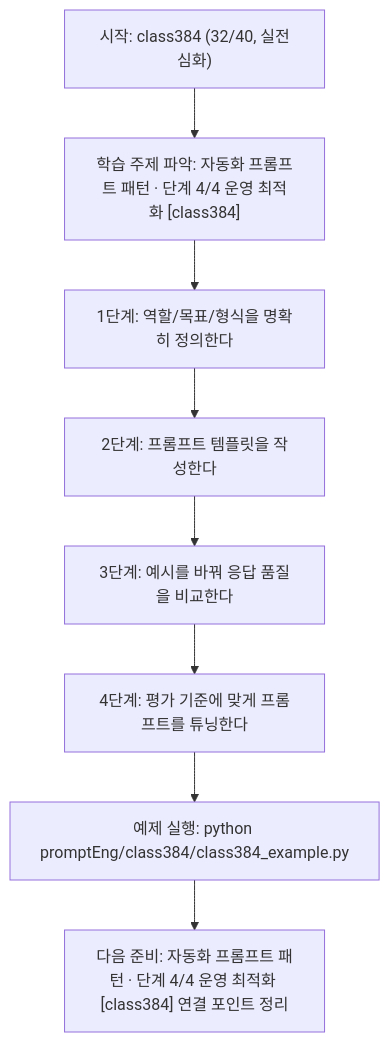
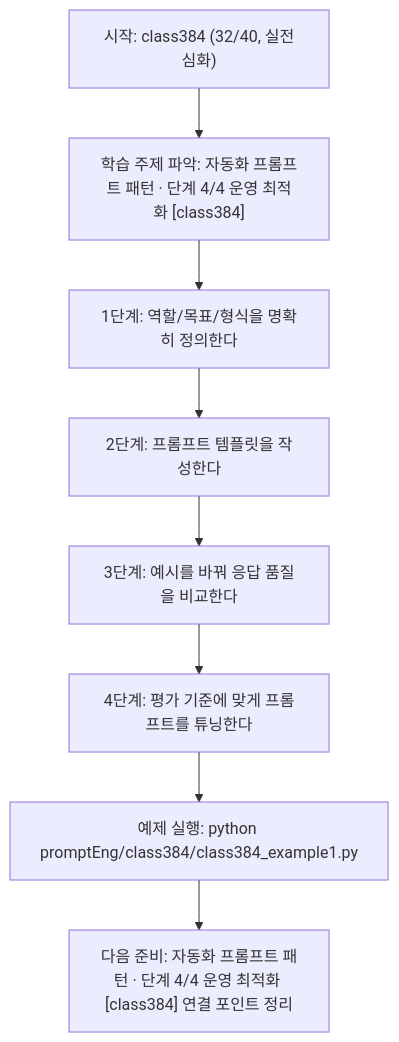
The diagram in promptEng/class384/class384.md (edumgt/Python-AI_Agent-Class), drawn with Mermaid before and after one commit. The commit also changed other lines of this file and 2959 other files, not shown here.

````diff
--- a/promptEng/class384/class384.md
+++ b/promptEng/class384/class384.md
@@ -110,18 +110,18 @@
 ```mermaid
 flowchart TD
 N1["시작: class384 (32/40, 실전심화)"]
 N2["학습 주제 파악: 자동화 프롬프트 패턴 · 단계 4/4 운영 최적화 [class384]"]
 N3["1단계: 역할/목표/형식을 명확히 정의한다"]
 N4["2단계: 프롬프트 템플릿을 작성한다"]
 N5["3단계: 예시를 바꿔 응답 품질을 비교한다"]
 N6["4단계: 평가 기준에 맞게 프롬프트를 튜닝한다"]
-N7["예제 실행: python promptEng/class384/class384_example.py"]
+N7["예제 실행: python promptEng/class384/class384_example1.py"]
 N8["다음 준비: 자동화 프롬프트 패턴 · 단계 4/4 운영 최적화 [class384] 연결 포인트 정리"]
 N1 --> N2
 N2 --> N3
 N3 --> N4
 N4 --> N5
 N5 --> N6
 N6 --> N7
 N7 --> N8
 ```
````
